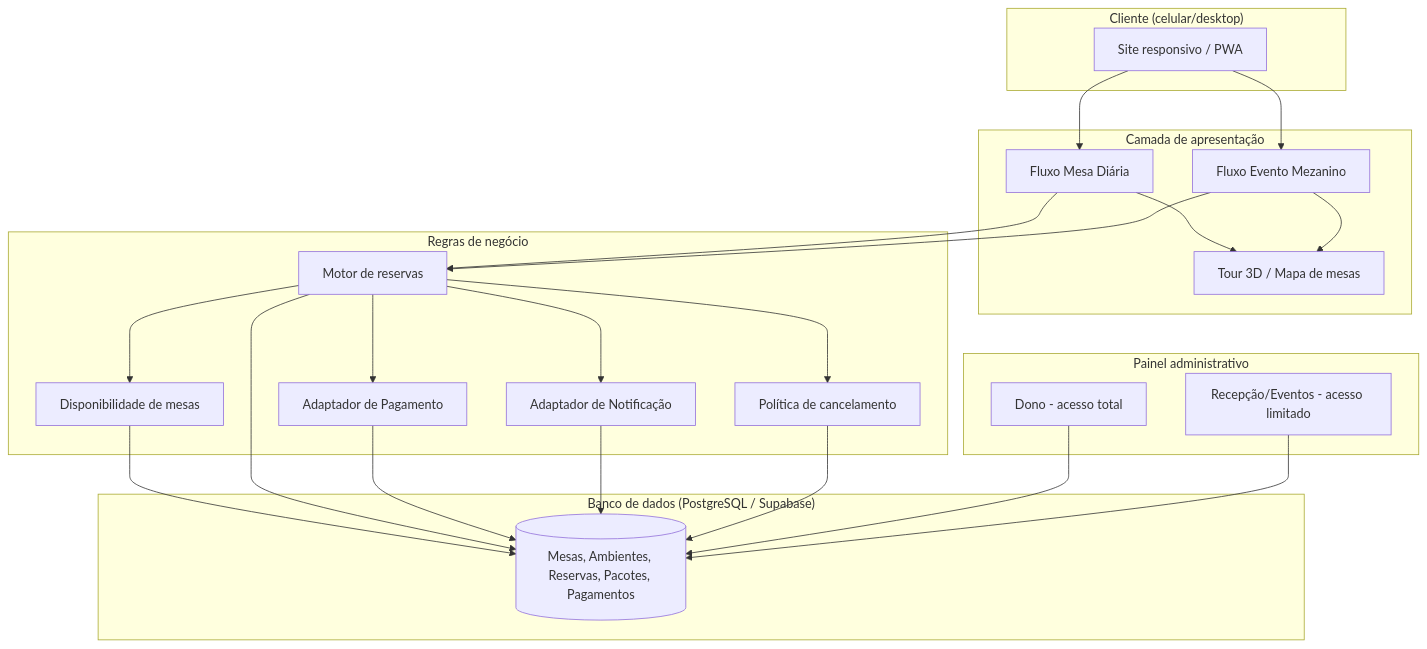
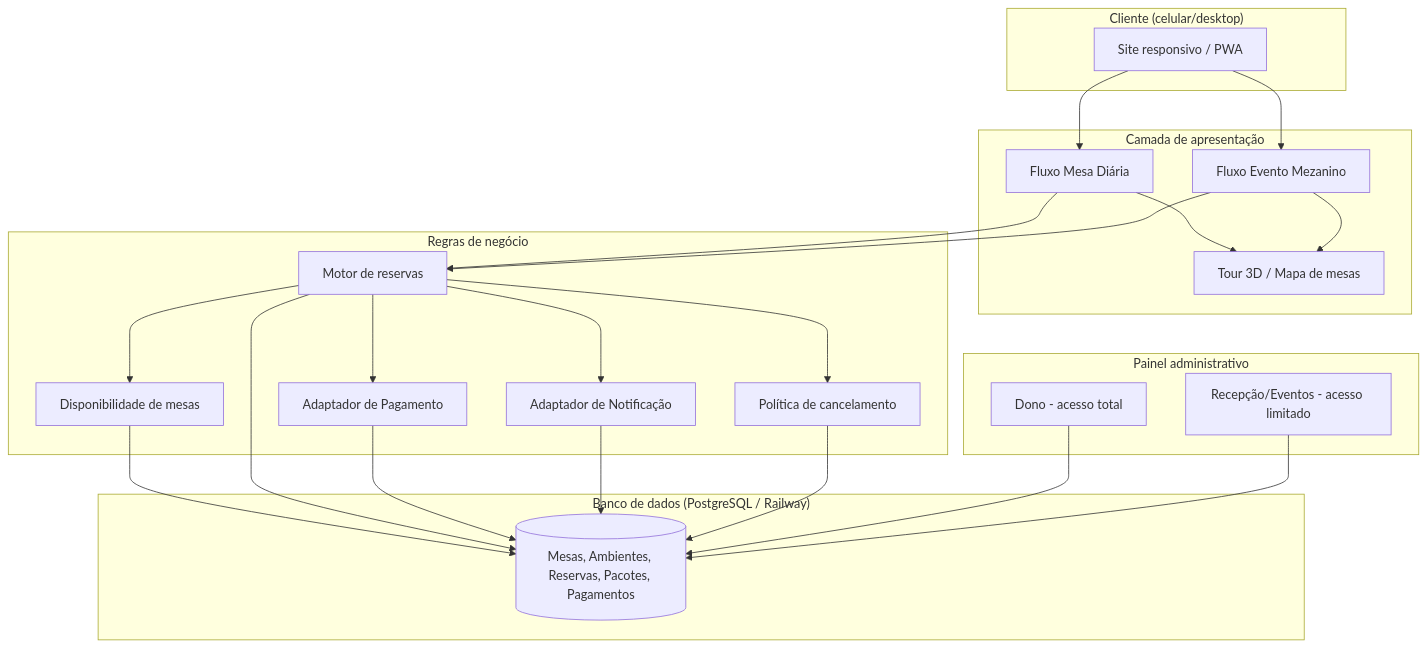
Before and after one commit to masmorainfo/SistemaReservaAntonina: the first of 4 diagrams in docs/superpowers/specs/2026-08-03-sistema-reservas-eventos-design.md, drawn with Mermaid. The commit also changed other lines of this file, not shown here.

First line of the commit message:
docs: atualiza arquitetura da spec para Railway + Auth.js

````diff
--- a/docs/superpowers/specs/2026-08-03-sistema-reservas-eventos-design.md
+++ b/docs/superpowers/specs/2026-08-03-sistema-reservas-eventos-design.md
@@ -48,31 +54,31 @@
 ```mermaid
 graph TB
     subgraph Cliente["Cliente (celular/desktop)"]
         A[Site responsivo / PWA]
     end
     subgraph Frontend["Camada de apresentação"]
         B1[Fluxo Mesa Diária]
         B2[Fluxo Evento Mezanino]
         B3[Tour 3D / Mapa de mesas]
     end
     subgraph Backend["Regras de negócio"]
         C1[Disponibilidade de mesas]
         C2[Motor de reservas]
         C3[Adaptador de Pagamento]
         C4[Adaptador de Notificação]
         C5[Política de cancelamento]
     end
     subgraph Admin["Painel administrativo"]
         D1[Dono - acesso total]
         D2[Recepção/Eventos - acesso limitado]
     end
-    subgraph Dados["Banco de dados (PostgreSQL / Supabase)"]
+    subgraph Dados["Banco de dados (PostgreSQL / Railway)"]
         E[(Mesas, Ambientes, Reservas, Pacotes, Pagamentos)]
     end
     A --> B1 & B2
     B1 & B2 --> B3
     B1 & B2 --> C2
     C2 --> C1 & C3 & C4 & C5
     C1 & C2 & C3 & C4 & C5 --> E
     D1 & D2 --> E
 ```
````
